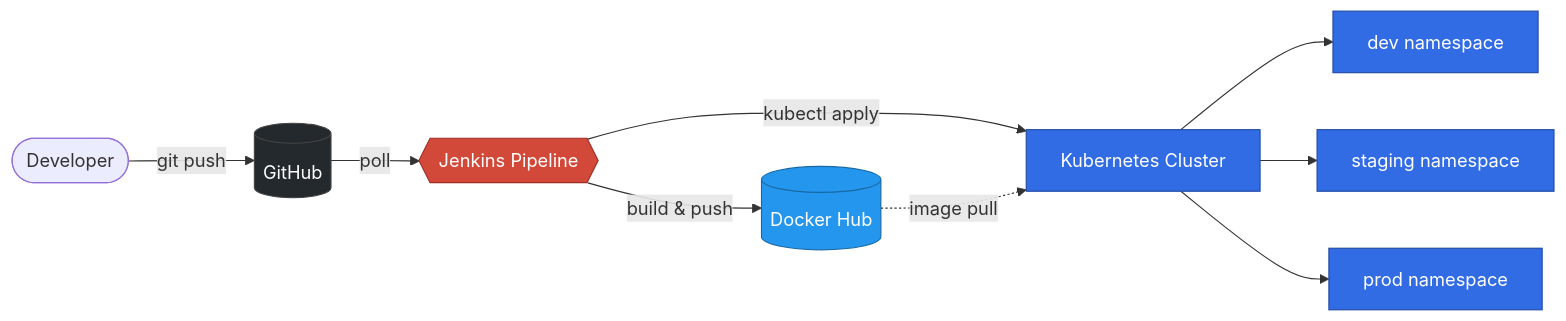
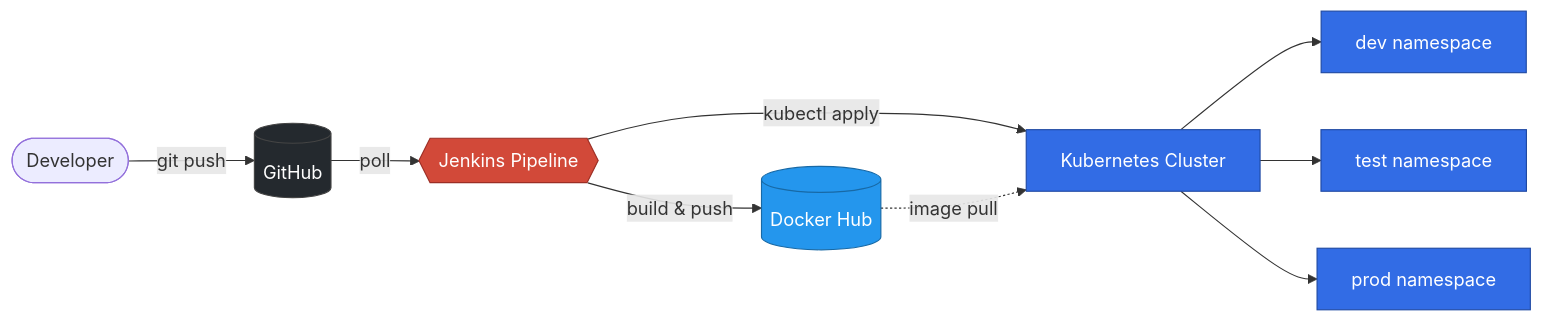
The first of 2 diagrams in README.md (SriGaneshNainala/automated-deployment-pipeline), drawn with Mermaid before and after one commit. The commit also changed other lines of this file and 2 other files, not shown here.

````diff
--- a/README.md
+++ b/README.md
@@ -13,29 +13,29 @@
 ```mermaid
 flowchart LR
     Dev([Developer])
     GH[(GitHub)]
     J{{Jenkins Pipeline}}
     DH[(Docker Hub)]
     K[Kubernetes Cluster]
     NS1[dev namespace]
-    NS2[staging namespace]
+    NS2[test namespace]
     NS3[prod namespace]
 
     Dev -->|git push| GH
     GH -->|poll| J
     J -->|build & push| DH
     J -->|kubectl apply| K
     K --> NS1
     K --> NS2
     K --> NS3
     DH -.image pull.-> K
 
     classDef src fill:#24292e,stroke:#444,color:#fff
     classDef pipe fill:#D24939,stroke:#9c2e25,color:#fff
     classDef reg fill:#2496ED,stroke:#1769a6,color:#fff
     classDef k fill:#326CE5,stroke:#1f49a3,color:#fff
     class GH src
     class J pipe
     class DH reg
     class K,NS1,NS2,NS3 k
 ```
````
